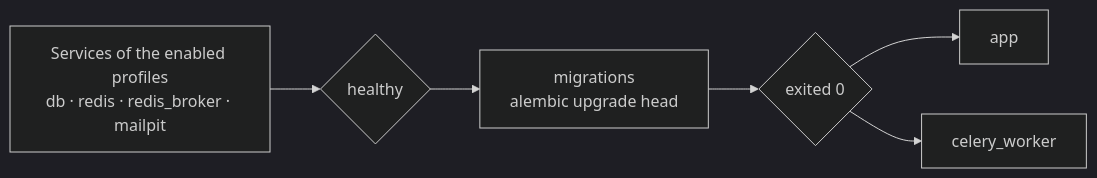
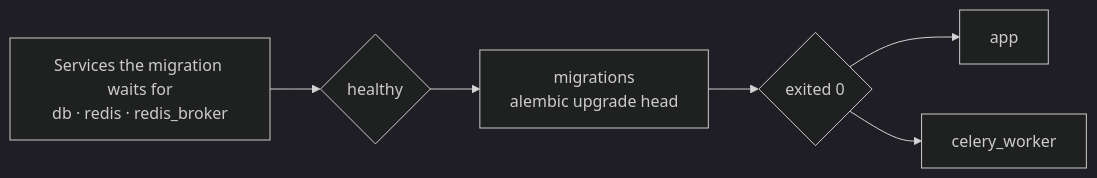
One commit to IAMN1/link-shortener changed the diagram in docs/getting-started.md. Above: the diagram before and after it, drawn with Mermaid (dark theme). The commit also changed other lines of this file and 15 other files, not shown here.

````diff
--- a/docs/getting-started.md
+++ b/docs/getting-started.md
@@ -268,8 +270,8 @@
 ```mermaid
 flowchart LR
-    P["Services of the enabled profiles<br/>db · redis · redis_broker · mailpit"] --> H{healthy}
+    P["Services the migration waits for<br/>db · redis · redis_broker"] --> H{healthy}
     H --> M["migrations<br/>alembic upgrade head"]
     M --> E{exited 0}
     E --> APP[app]
     E --> CEL[celery_worker]
 ```
````
